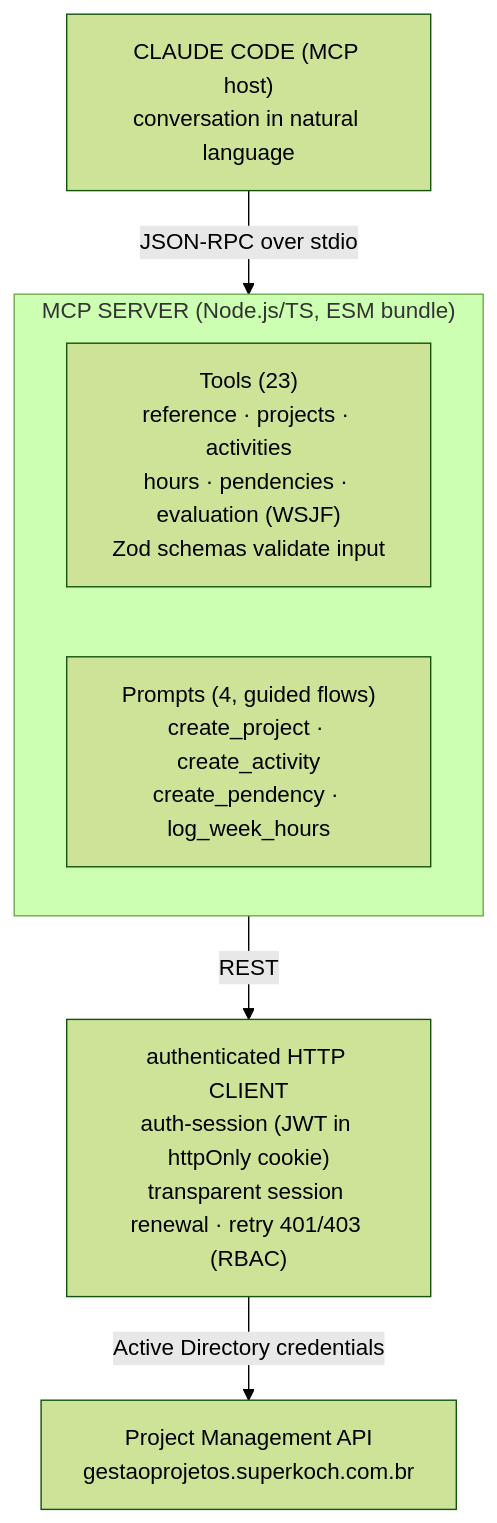
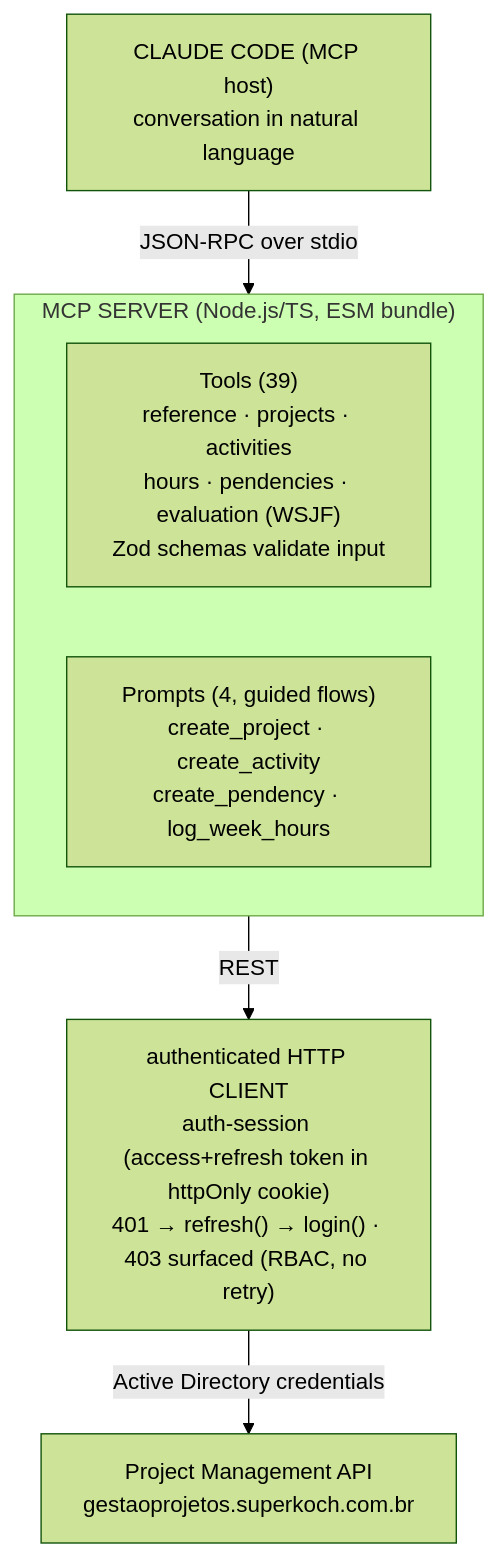
Before and after one commit to cristiangiehl1/my-website: the diagram in public/posts/gestao-de-projetos-mcp.en.md, drawn with Mermaid (forest theme). The commit also changed other lines of this file and 24 other files, not shown here.

First line of the commit message:
feat(web): split gestão de despesas post, deepen all project posts with real architecture detail

````diff
--- a/public/posts/gestao-de-projetos-mcp.en.md
+++ b/public/posts/gestao-de-projetos-mcp.en.md
@@ -33,11 +33,11 @@
 ```mermaid
 flowchart TD
     A["CLAUDE CODE (MCP host)<br/>conversation in natural language"] -->|JSON-RPC over stdio| B
     subgraph B["MCP SERVER (Node.js/TS, ESM bundle)"]
         direction LR
-        T["Tools (23)<br/>reference · projects · activities<br/>hours · pendencies · evaluation (WSJF)<br/>Zod schemas validate input"]
+        T["Tools (39)<br/>reference · projects · activities<br/>hours · pendencies · evaluation (WSJF)<br/>Zod schemas validate input"]
         P["Prompts (4, guided flows)<br/>create_project · create_activity<br/>create_pendency · log_week_hours"]
     end
-    B -->|REST| C["authenticated HTTP CLIENT<br/>auth-session (JWT in httpOnly cookie)<br/>transparent session renewal · retry 401/403 (RBAC)"]
+    B -->|REST| C["authenticated HTTP CLIENT<br/>auth-session (access+refresh token in httpOnly cookie)<br/>401 → refresh() → login() · 403 surfaced (RBAC, no retry)"]
     C -->|Active Directory credentials| D["Project Management API<br/>gestaoprojetos.superkoch.com.br"]
 ```
````
